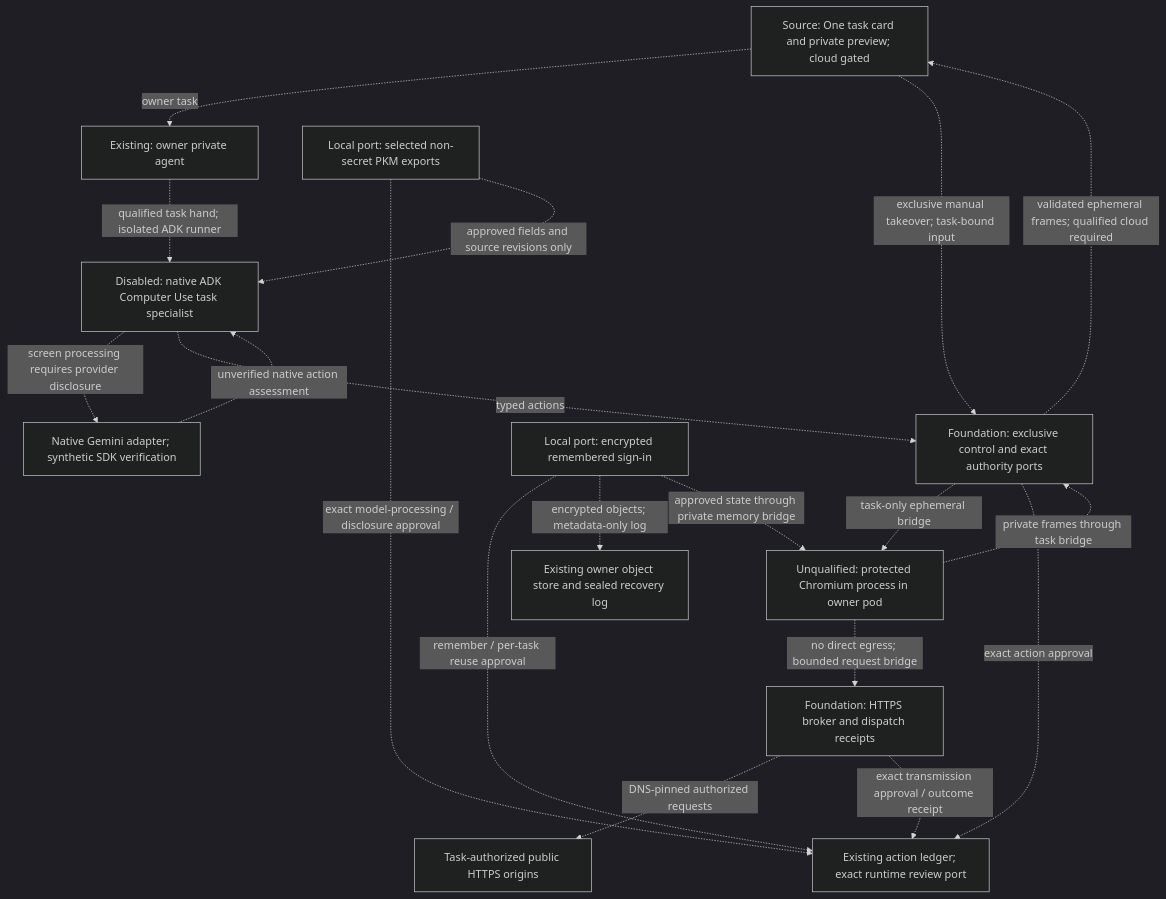
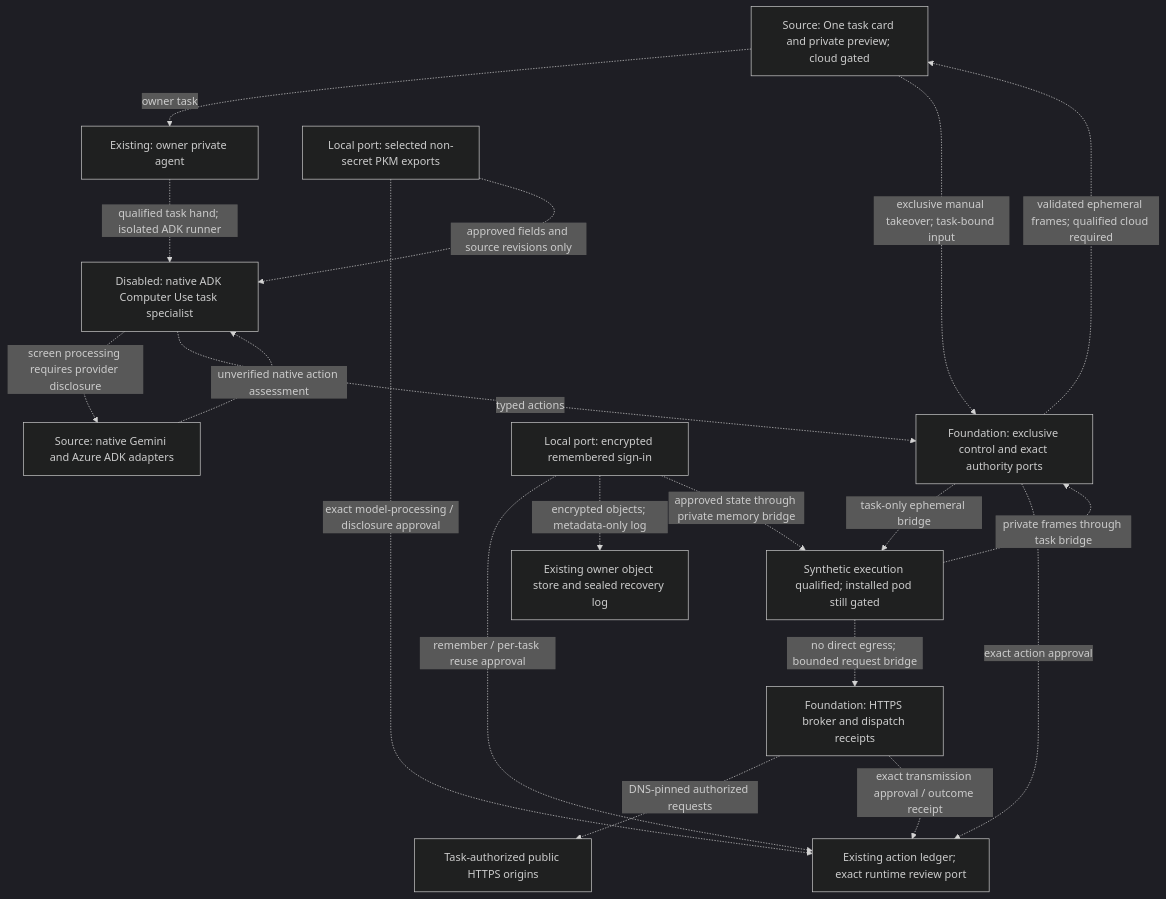
The diagram in consent-protocol/docs/reference/private-browser-runtime.md (hushh-labs/hushh-research), drawn with Mermaid (dark theme) before and after one commit. The commit also changed other lines of this file and 87 other files, not shown here.

Commit message:
feat(pod): compose gated browser and preserve release continuity

````diff
--- a/consent-protocol/docs/reference/private-browser-runtime.md
+++ b/consent-protocol/docs/reference/private-browser-runtime.md
@@ -33,33 +38,33 @@
 ```mermaid
 flowchart TD
     UI["Source: One task card and private preview; cloud gated"]
     One["Existing: owner private agent"]
     Agent["Disabled: native ADK Computer Use task specialist"]
-    Model["Native Gemini adapter; synthetic SDK verification"]
+    Model["Source: native Gemini and Azure ADK adapters"]
     Control["Foundation: exclusive control and exact authority ports"]
     Broker["Foundation: HTTPS broker and dispatch receipts"]
-    Cloud["Unqualified: protected Chromium process in owner pod"]
+    Cloud["Synthetic execution qualified; installed pod still gated"]
     Web["Task-authorized public HTTPS origins"]
     Ledger["Existing action ledger; exact runtime review port"]
     Information["Local port: selected non-secret PKM exports"]
     Sessions["Local port: encrypted remembered sign-in"]
     Store["Existing owner object store and sealed recovery log"]
     UI -. "owner task" .-> One
     UI -. "exclusive manual takeover; task-bound input" .-> Control
     One -. "qualified task hand; isolated ADK runner" .-> Agent
     Agent -. "screen processing requires provider disclosure" .-> Model
     Model -. "unverified native action assessment" .-> Agent
     Agent -. "typed actions" .-> Control
     Control -. "task-only ephemeral bridge" .-> Cloud
     Cloud -. "no direct egress; bounded request bridge" .-> Broker
     Broker -. "DNS-pinned authorized requests" .-> Web
     Control -. "exact action approval" .-> Ledger
     Information -. "exact model-processing / disclosure approval" .-> Ledger
     Information -. "approved fields and source revisions only" .-> Agent
     Sessions -. "remember / per-task reuse approval" .-> Ledger
     Sessions -. "encrypted objects; metadata-only log" .-> Store
     Sessions -. "approved state through private memory bridge" .-> Cloud
     Broker -. "exact transmission approval / outcome receipt" .-> Ledger
     Cloud -. "private frames through task bridge" .-> Control
     Control -. "validated ephemeral frames; qualified cloud required" .-> UI
 ```
````
